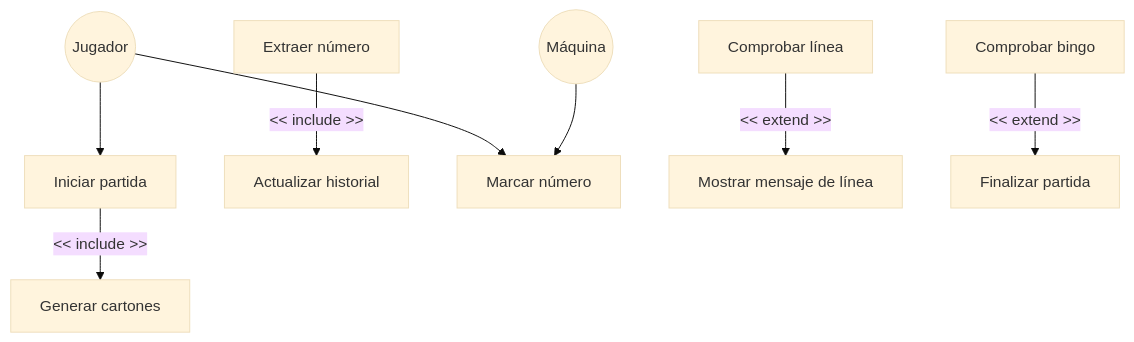
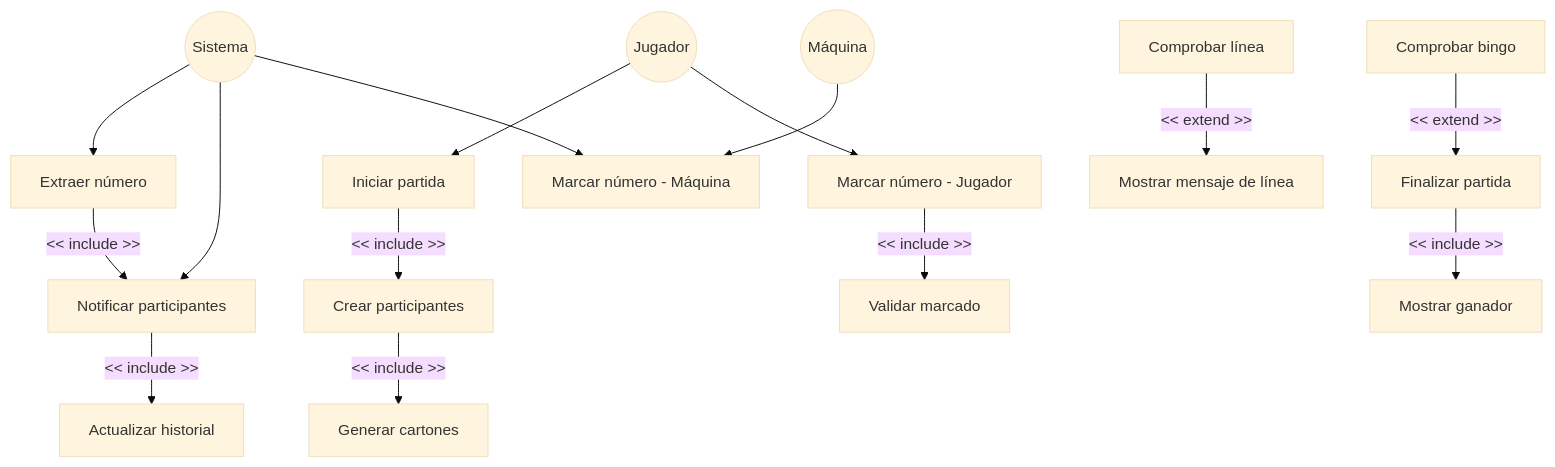
One commit to rubenco615-wq/Bingo changed the diagram in UseCasesUML.md. Above: the diagram before and after it, drawn with Mermaid (base theme). The commit also changed other lines of this file, not shown here.

````diff
--- a/UseCasesUML.md
+++ b/UseCasesUML.md
@@ -3,31 +3,47 @@
 ```mermaid
 graph TD
 
 Jugador((Jugador))
 Maquina((Máquina))
+Sistema((Sistema))
 
 IniciarPartida[Iniciar partida]
 GenerarCartones[Generar cartones]
+CrearParticipantes[Crear participantes]
 
 ExtraerNumero[Extraer número]
+NotificarParticipantes[Notificar participantes]
 ActualizarHistorial[Actualizar historial]
 
-MarcarNumero[Marcar número]
+MarcarNumeroJugador[Marcar número - Jugador]
+MarcarNumeroMaquina[Marcar número - Máquina]
+ValidarMarcado[Validar marcado]
 
 ComprobarLinea[Comprobar línea]
 MostrarLinea[Mostrar mensaje de línea]
 
 ComprobarBingo[Comprobar bingo]
 FinalizarPartida[Finalizar partida]
+MostrarGanador[Mostrar ganador]
 
 Jugador --> IniciarPartida
-Jugador --> MarcarNumero
+Jugador --> MarcarNumeroJugador
 
-Maquina --> MarcarNumero
+Maquina --> MarcarNumeroMaquina
 
-IniciarPartida -->|<< include >>| GenerarCartones
-ExtraerNumero -->|<< include >>| ActualizarHistorial
+Sistema --> ExtraerNumero
+Sistema --> NotificarParticipantes
+Sistema --> MarcarNumeroMaquina
+
+IniciarPartida -->|<< include >>| CrearParticipantes
+CrearParticipantes -->|<< include >>| GenerarCartones
+
+ExtraerNumero -->|<< include >>| NotificarParticipantes
+NotificarParticipantes -->|<< include >>| ActualizarHistorial
+
+MarcarNumeroJugador -->|<< include >>| ValidarMarcado
 
 ComprobarLinea -->|<< extend >>| MostrarLinea
 ComprobarBingo -->|<< extend >>| FinalizarPartida
+FinalizarPartida -->|<< include >>| MostrarGanador
 ```
````
